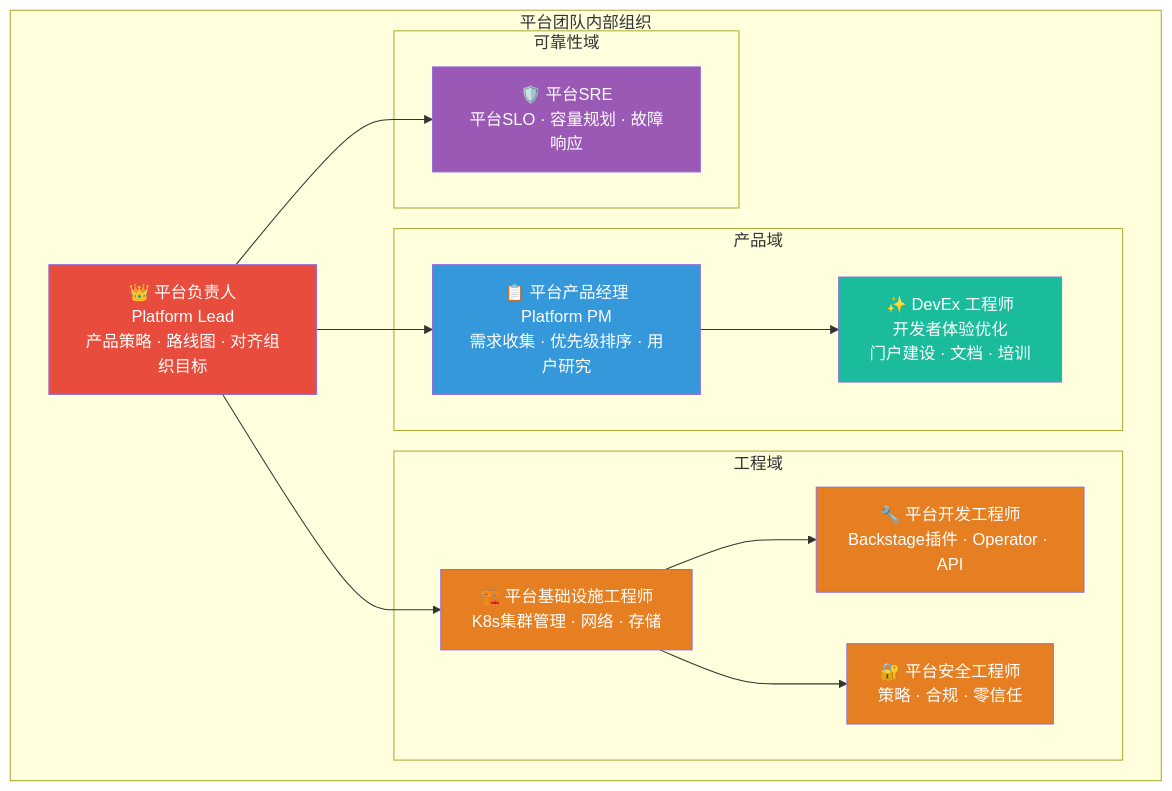
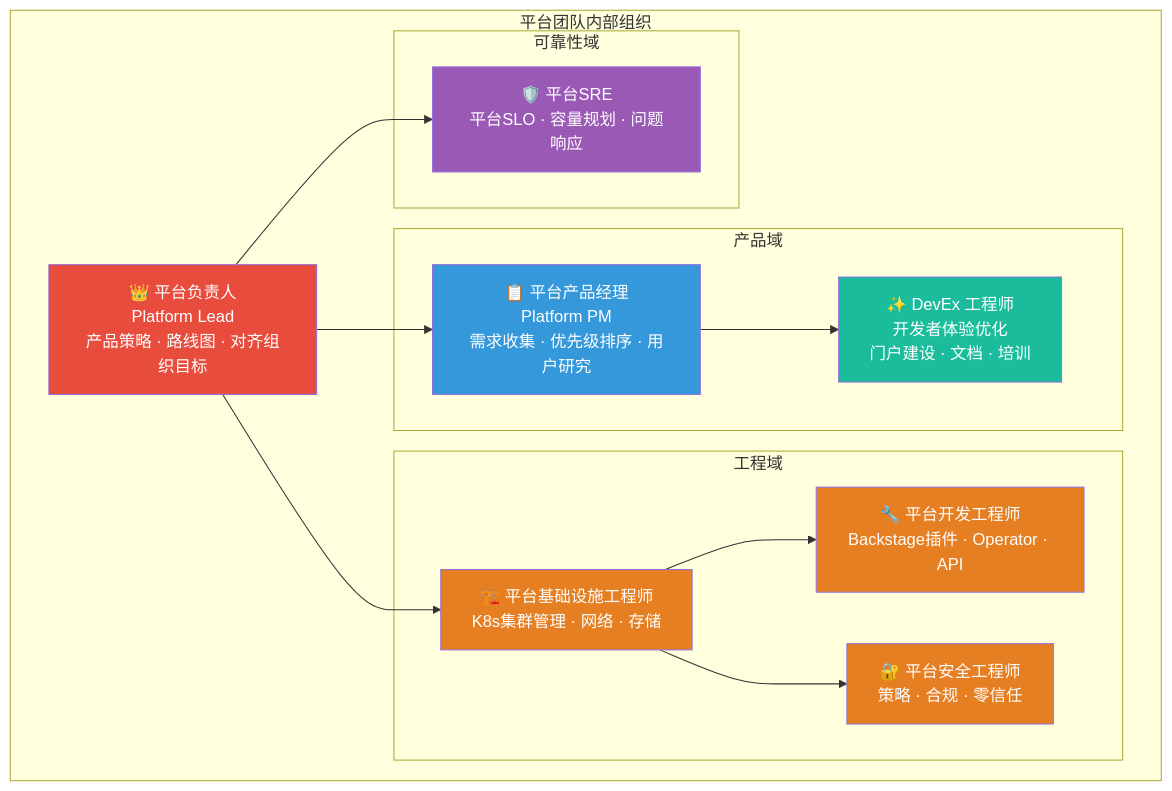
Before and after one commit to kudig-io/kudig-database: the fourth of 11 diagrams in domain-19-landscape-references/02-papers/21-kubernetes-platform-engineering-internal-developer-platform.md, drawn with Mermaid. The commit also changed other lines of this file and 1236 other files, not shown here.

````diff
--- a/domain-19-landscape-references/02-papers/21-kubernetes-platform-engineering-internal-developer-platform.md
+++ b/domain-19-landscape-references/02-papers/21-kubernetes-platform-engineering-internal-developer-platform.md
@@ -303,33 +303,33 @@
 ```mermaid
 graph TB
     subgraph "平台团队内部组织"
         PL["👑 平台负责人<br/>Platform Lead<br/>产品策略 · 路线图 · 对齐组织目标"]
 
         subgraph "产品域"
             PM["📋 平台产品经理<br/>Platform PM<br/>需求收集 · 优先级排序 · 用户研究"]
             DX["✨ DevEx 工程师<br/>开发者体验优化<br/>门户建设 · 文档 · 培训"]
         end
 
         subgraph "工程域"
             PE1["🏗️ 平台基础设施工程师<br/>K8s集群管理 · 网络 · 存储"]
             PE2["🔧 平台开发工程师<br/>Backstage插件 · Operator · API"]
             PE3["🔐 平台安全工程师<br/>策略 · 合规 · 零信任"]
         end
 
         subgraph "可靠性域"
-            SRE1["🛡️ 平台SRE<br/>平台SLO · 容量规划 · 故障响应"]
+            SRE1["🛡️ 平台SRE<br/>平台SLO · 容量规划 · 问题响应"]
         end
     end
 
     PL --> PM & PE1 & SRE1
     PM --> DX
     PE1 --> PE2 & PE3
 
     style PL fill:#E74C3C,color:#fff
     style PM fill:#3498DB,color:#fff
     style DX fill:#1ABC9C,color:#fff
     style PE1 fill:#E67E22,color:#fff
     style PE2 fill:#E67E22,color:#fff
     style PE3 fill:#E67E22,color:#fff
     style SRE1 fill:#9B59B6,color:#fff
 ```
````
